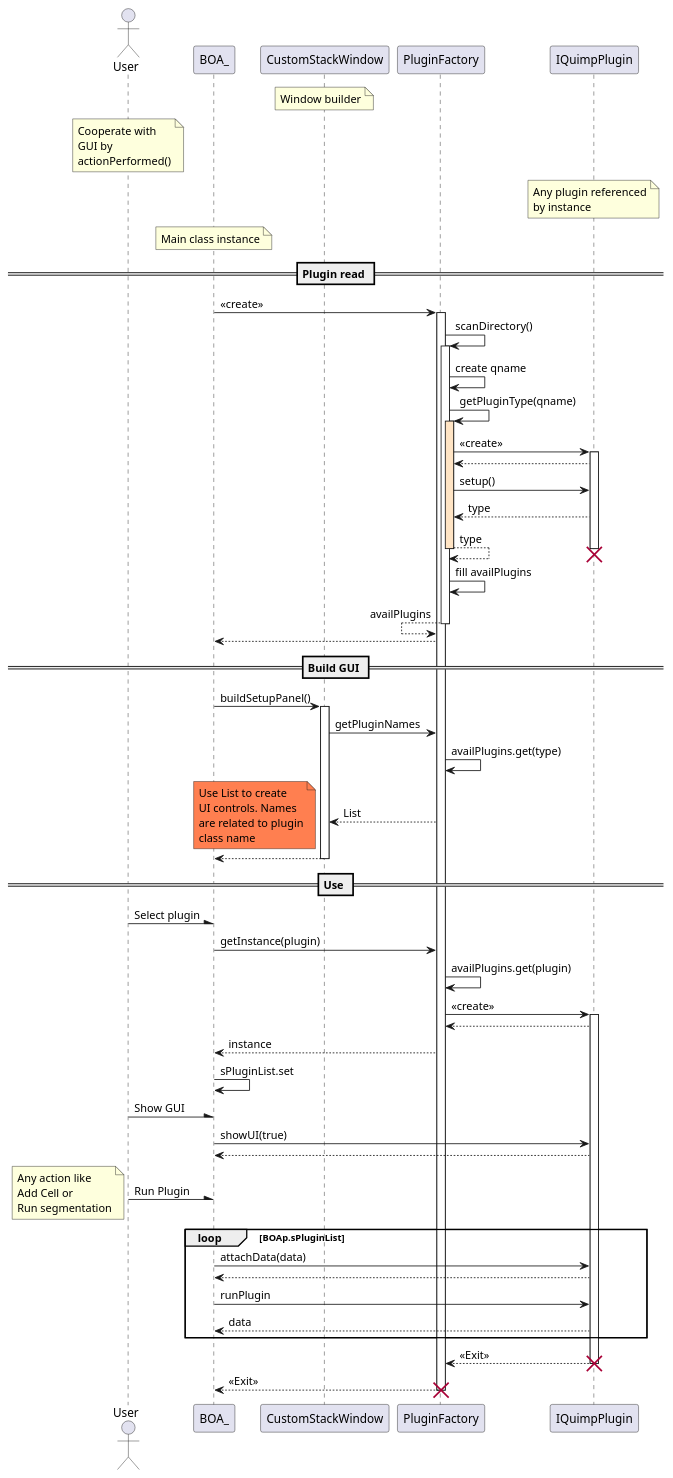
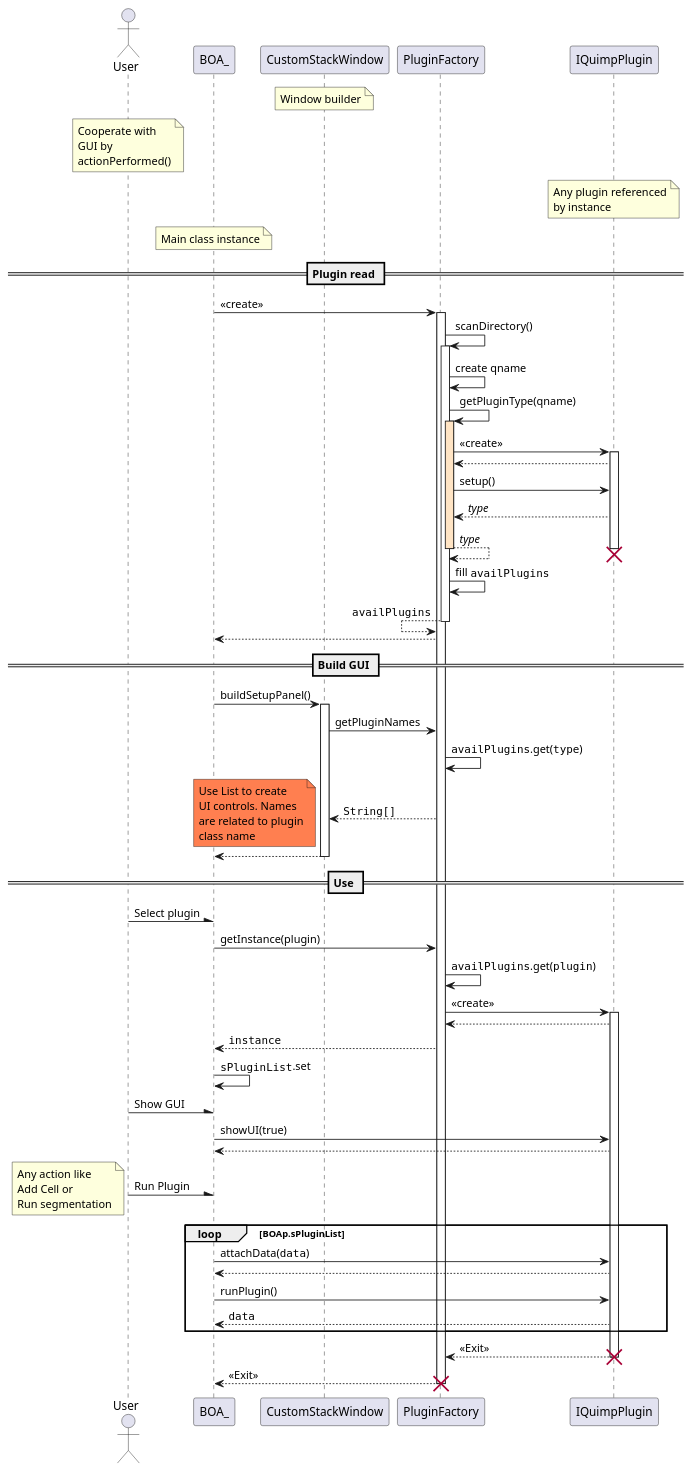
The second of 2 diagrams in Doxygen_doc/SnakePlugin.md (CellDynamics/QuimP), drawn with PlantUML before and after one commit. The commit also changed other lines of this file and 1 other file, not shown here.

```diff
--- a/Doxygen_doc/SnakePlugin.md
+++ b/Doxygen_doc/SnakePlugin.md
@@ -32,4 +56,4 @@
-@startuml "Sequence diagram for plugin interface"
+@startuml
 actor User
 participant BOA_ as QuimP
 participant CustomStackWindow as GUIBuilder
@@ -53,12 +77,12 @@
 activate Plugin
 PluginFactory <-- Plugin
 PluginFactory -> Plugin : setup()
-Plugin --> PluginFactory : type
-PluginFactory-->PluginFactory : type
+Plugin --> PluginFactory : //type//
+PluginFactory-->PluginFactory : //type//
 destroy Plugin
 deactivate PluginFactory
-PluginFactory -> PluginFactory : fill availPlugins
-PluginFactory <-- PluginFactory : availPlugins
+PluginFactory -> PluginFactory : fill ""availPlugins""
+PluginFactory <-- PluginFactory : ""availPlugins""
 deactivate PluginFactory
 PluginFactory --> QuimP
 
@@ -67,8 +91,8 @@
 QuimP -> GUIBuilder : buildSetupPanel()
 activate GUIBuilder
 GUIBuilder -> PluginFactory : getPluginNames
-PluginFactory -> PluginFactory : availPlugins.get(type)
-GUIBuilder <-- PluginFactory : List
+PluginFactory -> PluginFactory : ""availPlugins"".get(""type"")
+GUIBuilder <-- PluginFactory : ""String[]""
 note left #Coral
 Use List to create
 UI controls. Names
@@ -84,13 +108,13 @@
 
 User -\ QuimP : Select plugin
 QuimP -> PluginFactory : getInstance(plugin)
-PluginFactory -> PluginFactory : availPlugins.get(plugin)
+PluginFactory -> PluginFactory : ""availPlugins"".get(""plugin"")
 PluginFactory -> Plugin : <<create>>
 activate Plugin
 PluginFactory <-- Plugin
-PluginFactory --> QuimP : instance
+PluginFactory --> QuimP : ""instance""
 
-QuimP -> QuimP :sPluginList.set
+QuimP -> QuimP :""sPluginList"".set
 
 User -\ QuimP : Show GUI
 QuimP -> Plugin : showUI(true)
@@ -99,10 +123,10 @@
 User -\ QuimP : Run Plugin
 note left: Any action like\nAdd Cell or\nRun segmentation
 loop BOAp.sPluginList
-    QuimP -> Plugin : attachData(data)
+    QuimP -> Plugin : attachData(""data"")
     Plugin --> QuimP
-    QuimP -> Plugin : runPlugin
-    Plugin --> QuimP : data
+    QuimP -> Plugin : runPlugin()
+    Plugin --> QuimP : ""data""
 end    
 
 Plugin --> PluginFactory : <<Exit>>
```
